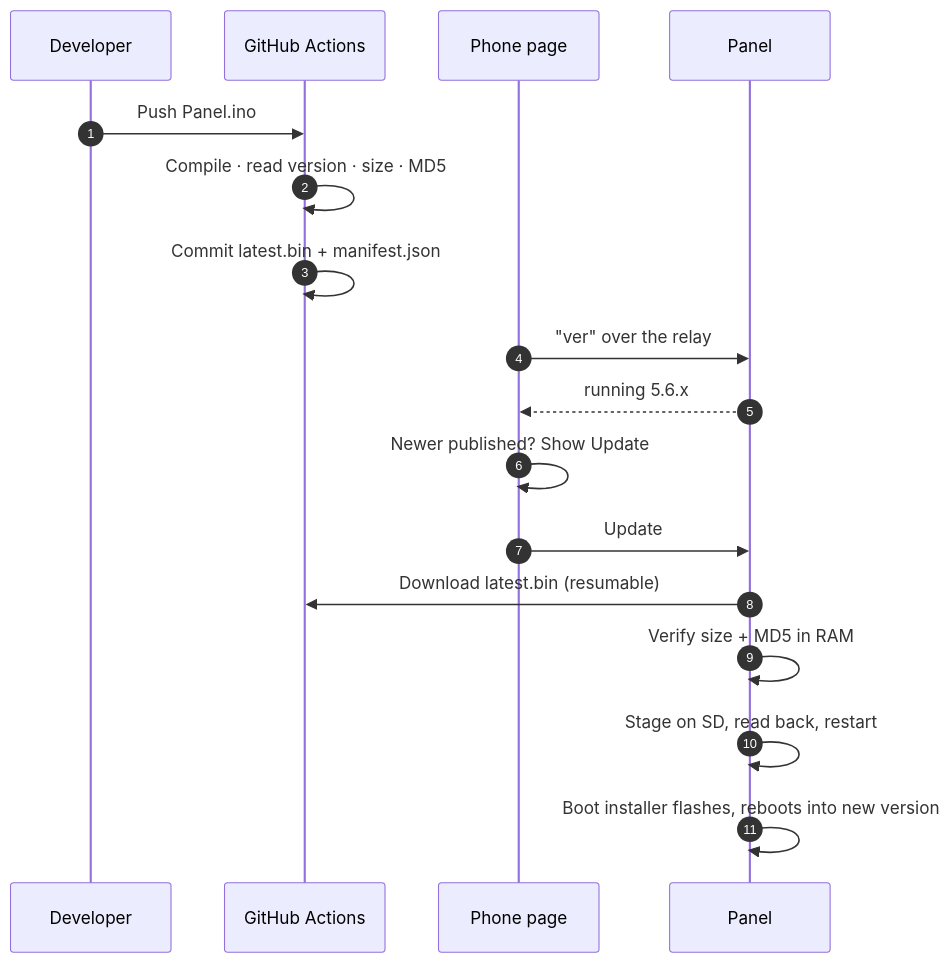
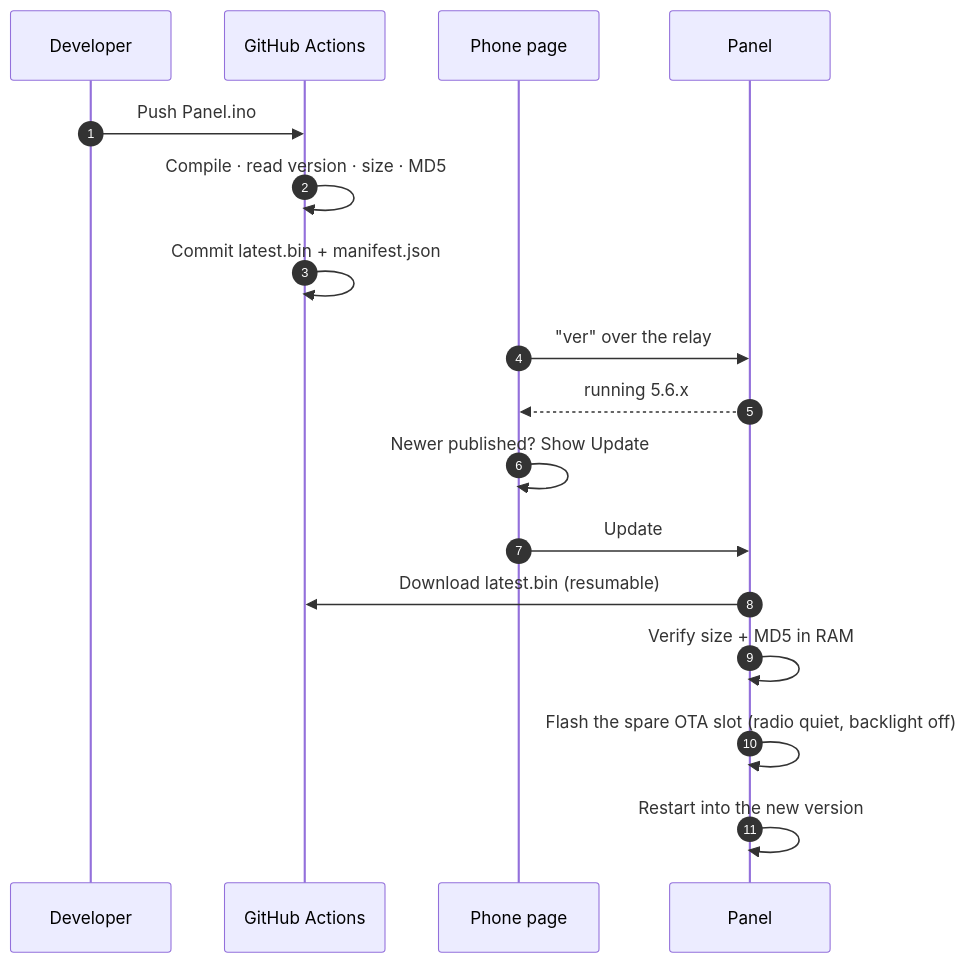
Before and after one commit to atharvguitarist/panel: the third of 3 diagrams in README.md, drawn with Mermaid. The commit also changed other lines of this file and 1 other file, not shown here.

````diff
--- a/README.md
+++ b/README.md
@@ -150,19 +150,19 @@
 ```mermaid
 sequenceDiagram
     autonumber
     participant D as Developer
     participant A as GitHub Actions
     participant U as Phone page
     participant P as Panel
     D->>A: Push Panel.ino
     A->>A: Compile · read version · size · MD5
     A->>A: Commit latest.bin + manifest.json
     U->>P: "ver" over the relay
     P-->>U: running 5.6.x
     U->>U: Newer published? Show Update
     U->>P: Update
     P->>A: Download latest.bin (resumable)
     P->>P: Verify size + MD5 in RAM
-    P->>P: Stage on SD, read back, restart
-    P->>P: Boot installer flashes, reboots into new version
+    P->>P: Flash the spare OTA slot (radio quiet, backlight off)
+    P->>P: Restart into the new version
 ```
````
